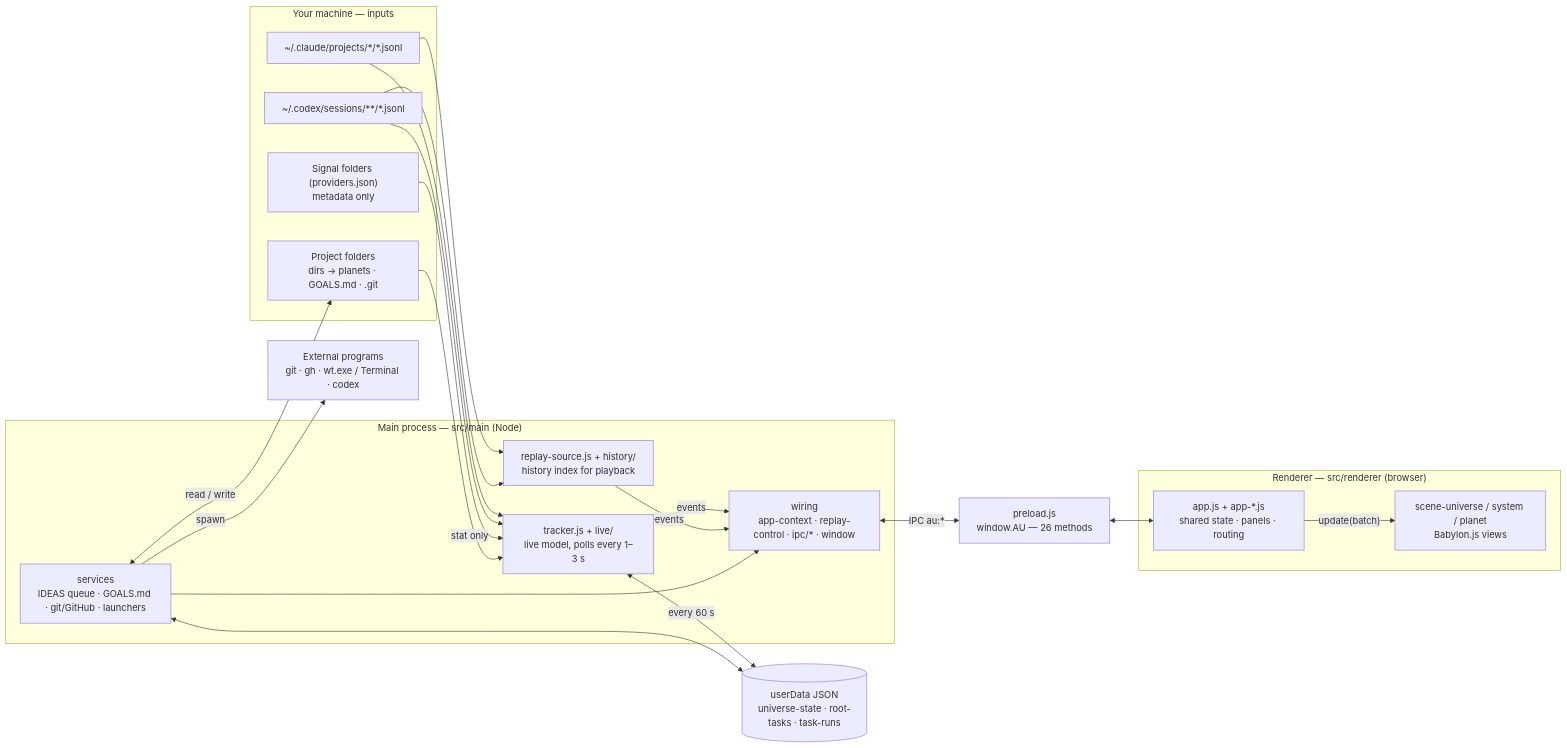
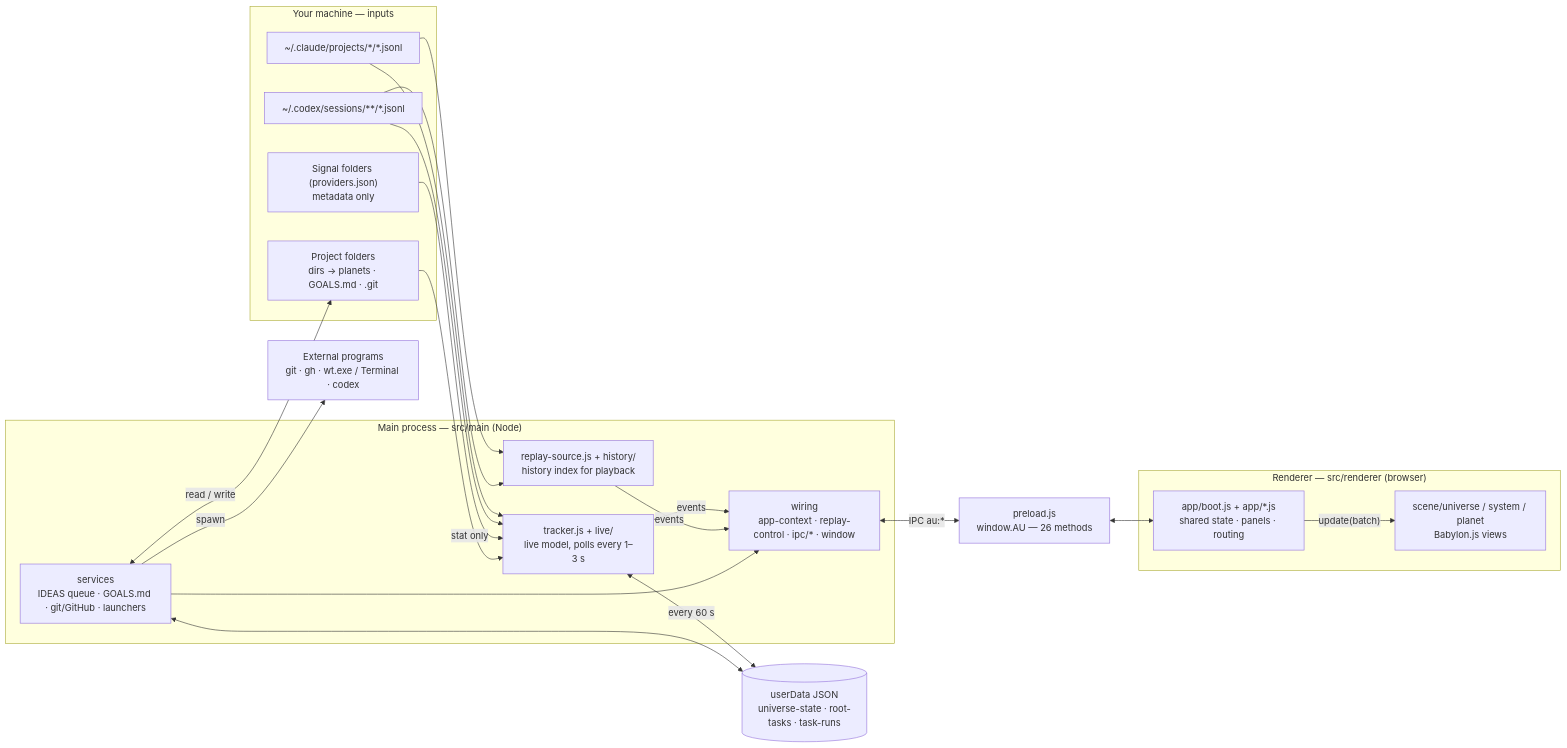
The first of 4 diagrams in .docs/architecture.md (MatthewNorton/agent-orrery), drawn with Mermaid before and after one commit. The commit also changed other lines of this file and 124 other files, not shown here.

````diff
--- a/.docs/architecture.md
+++ b/.docs/architecture.md
@@ -38,38 +38,38 @@
 ```mermaid
 flowchart LR
   subgraph Disk["Your machine — inputs"]
     CL["~/.claude/projects/*/*.jsonl"]
     CX["~/.codex/sessions/**/*.jsonl"]
     SG["Signal folders (providers.json)<br/>metadata only"]
     PD["Project folders<br/>dirs → planets · GOALS.md · .git"]
   end
   subgraph Main["Main process — src/main (Node)"]
     TR["tracker.js + live/<br/>live model, polls every 1–3 s"]
     RS["replay-source.js + history/<br/>history index for playback"]
     SV["services<br/>IDEAS queue · GOALS.md · git/GitHub · launchers"]
     WR["wiring<br/>app-context · replay-control · ipc/* · window"]
   end
   BR["preload.js<br/>window.AU — 26 methods"]
   subgraph Ren["Renderer — src/renderer (browser)"]
-    APP["app.js + app-*.js<br/>shared state · panels · routing"]
-    VW["scene-universe / system / planet<br/>Babylon.js views"]
+    APP["app/boot.js + app/*.js<br/>shared state · panels · routing"]
+    VW["scene/universe / system / planet<br/>Babylon.js views"]
   end
   UD[("userData JSON<br/>universe-state · root-tasks · task-runs")]
   EXT["External programs<br/>git · gh · wt.exe / Terminal · codex"]
   CL --> TR
   CL --> RS
   CX --> TR
   CX --> RS
   SG -->|stat only| TR
   PD --> TR
   TR -->|events| WR
   RS -->|events| WR
   SV --> WR
   SV <-->|read / write| PD
   SV -->|spawn| EXT
   TR <-->|every 60 s| UD
   SV <--> UD
   WR <-->|"IPC au:*"| BR
   BR <--> APP
   APP -->|"update(batch)"| VW
 ```
````
